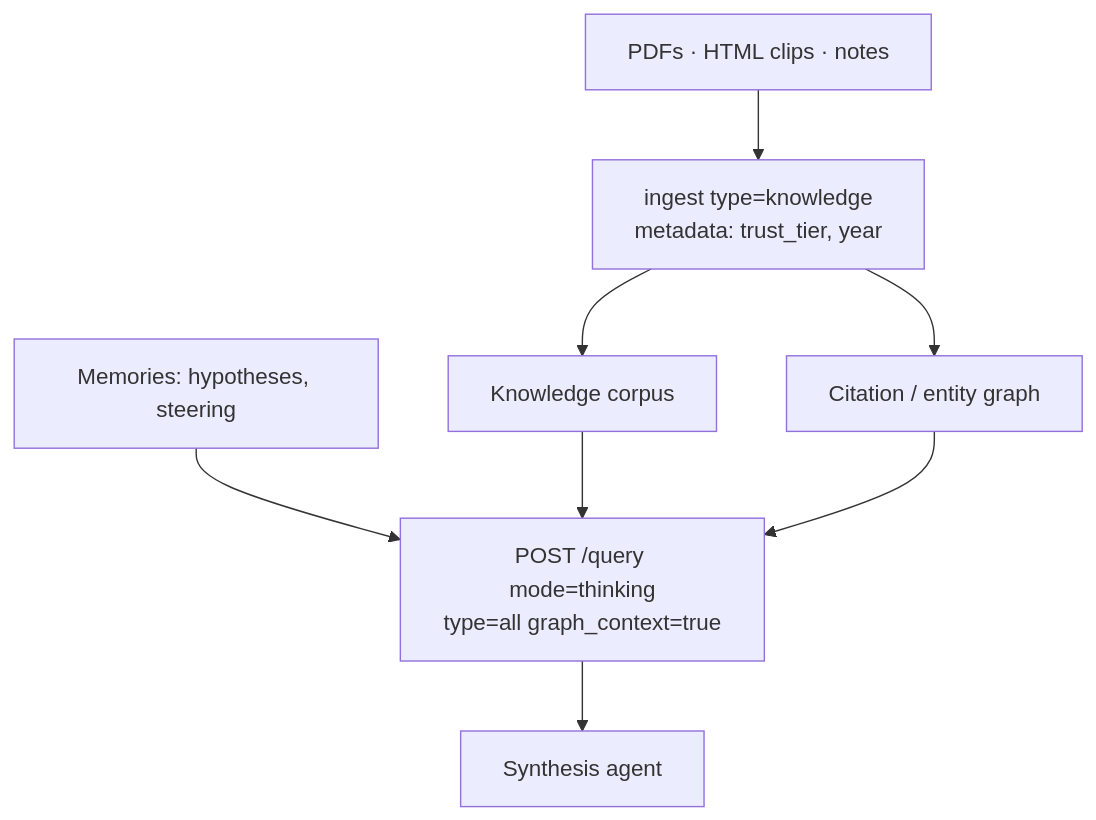
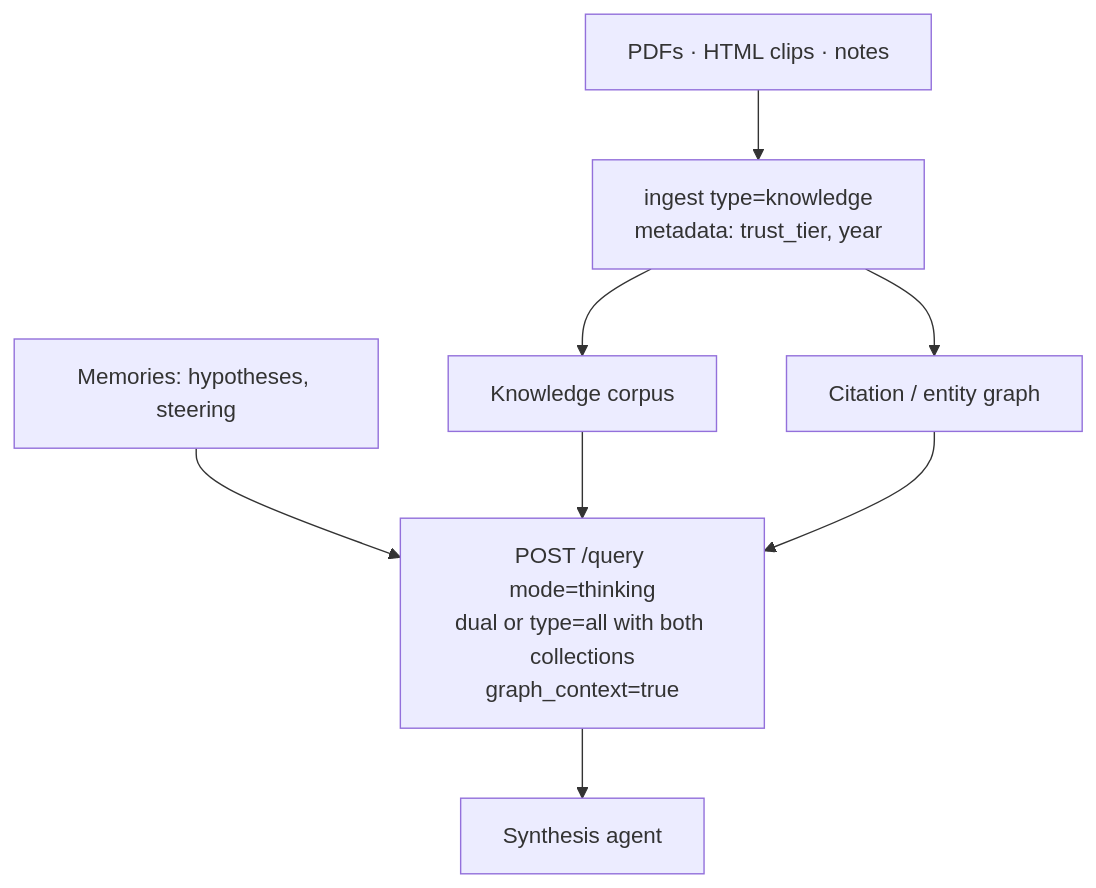
One commit to hydra-db/mintlify-docs changed the fifth of 7 diagrams in essentials/v2/context-architecture/reference-architectures.mdx. Above: the diagram before and after it, drawn with Mermaid. The commit also changed other lines of this file and 7 other files, not shown here.

````diff
--- a/essentials/v2/context-architecture/reference-architectures.mdx
+++ b/essentials/v2/context-architecture/reference-architectures.mdx
@@ -152,17 +165,17 @@
 ```mermaid
 flowchart TB
   Papers["PDFs · HTML clips · notes"]
   Ingest["ingest type=knowledge<br/>metadata: trust_tier, year"]
   Know["Knowledge corpus"]
   Graph["Citation / entity graph"]
   Mem["Memories: hypotheses, steering"]
-  Q["POST /query mode=thinking<br/>type=all graph_context=true"]
+  Q["POST /query mode=thinking<br/>dual or type=all with both collections<br/>graph_context=true"]
   Synth["Synthesis agent"]
 
   Papers --> Ingest --> Know
   Ingest --> Graph
   Mem --> Q
   Know --> Q
   Graph --> Q
   Q --> Synth
 ```
````
